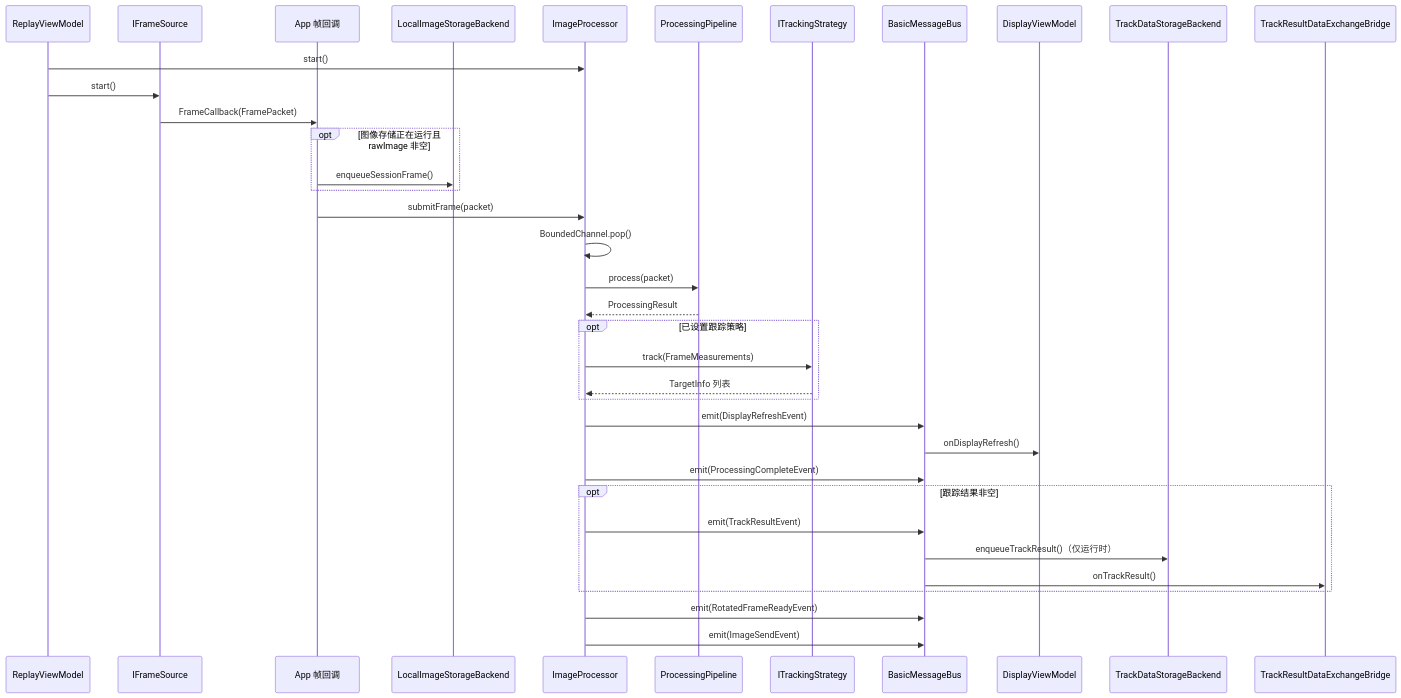
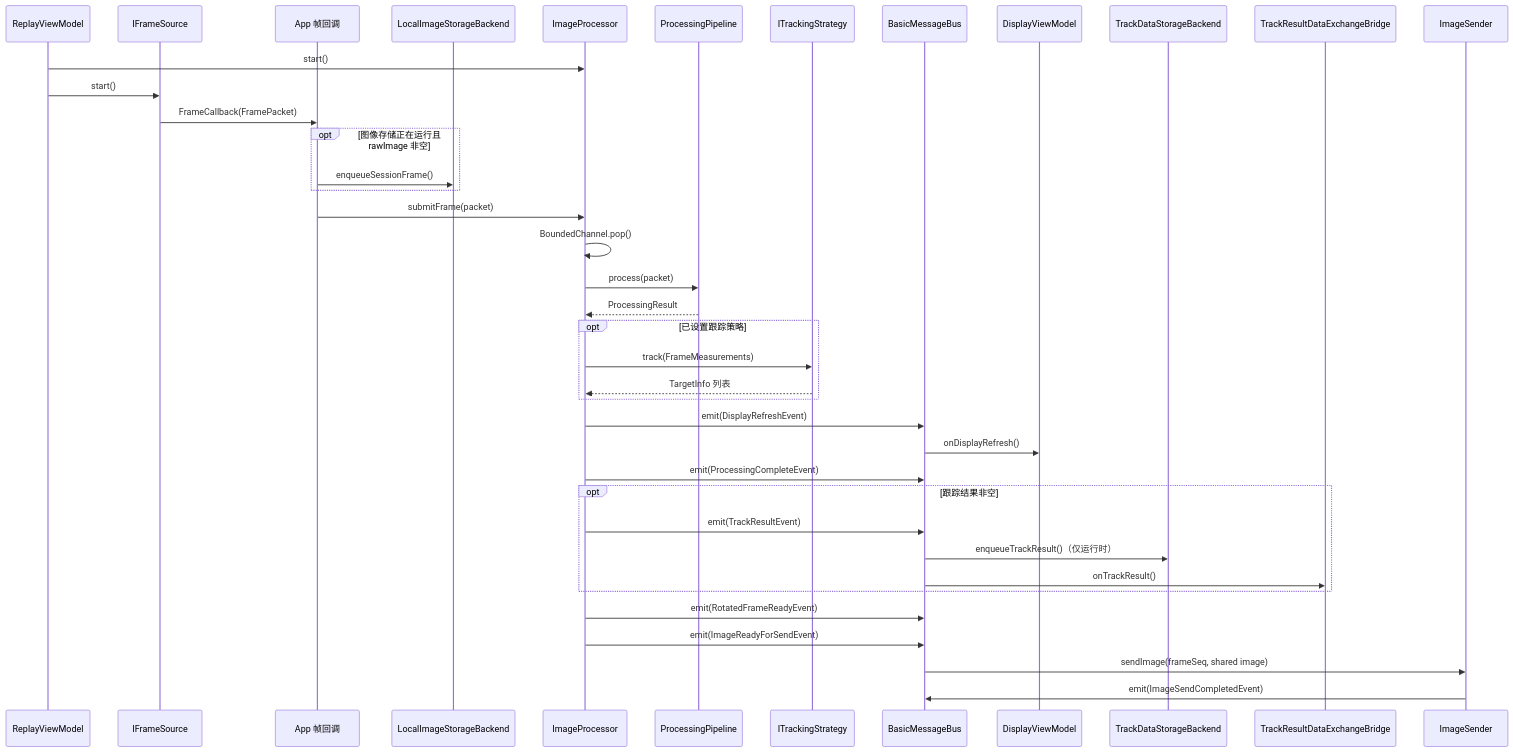
Before and after one commit to with-fair-wind/1mZGG: the second of 3 diagrams in docs/overview.md, drawn with Mermaid. The commit also changed other lines of this file and 61 other files, not shown here.

````diff
--- a/docs/overview.md
+++ b/docs/overview.md
@@ -188,39 +188,41 @@
 ```mermaid
 sequenceDiagram
     participant UI as ReplayViewModel
     participant Source as IFrameSource
     participant Callback as App 帧回调
     participant RawStore as LocalImageStorageBackend
     participant Processor as ImageProcessor
     participant Pipeline as ProcessingPipeline
     participant Tracker as ITrackingStrategy
     participant Bus as BasicMessageBus
     participant Display as DisplayViewModel
     participant TrackStore as TrackDataStorageBackend
     participant Bridge as TrackResultDataExchangeBridge
 
     UI->>Processor: start()
     UI->>Source: start()
     Source->>Callback: FrameCallback(FramePacket)
     opt 图像存储正在运行且 rawImage 非空
         Callback->>RawStore: enqueueSessionFrame()
     end
     Callback->>Processor: submitFrame(packet)
     Processor->>Processor: BoundedChannel.pop()
     Processor->>Pipeline: process(packet)
     Pipeline-->>Processor: ProcessingResult
     opt 已设置跟踪策略
         Processor->>Tracker: track(FrameMeasurements)
         Tracker-->>Processor: TargetInfo 列表
     end
     Processor->>Bus: emit(DisplayRefreshEvent)
     Bus->>Display: onDisplayRefresh()
     Processor->>Bus: emit(ProcessingCompleteEvent)
     opt 跟踪结果非空
         Processor->>Bus: emit(TrackResultEvent)
         Bus->>TrackStore: enqueueTrackResult()（仅运行时）
         Bus->>Bridge: onTrackResult()
     end
     Processor->>Bus: emit(RotatedFrameReadyEvent)
-    Processor->>Bus: emit(ImageSendEvent)
+    Processor->>Bus: emit(ImageReadyForSendEvent)
+    Bus->>ImageSender: sendImage(frameSeq, shared image)
+    ImageSender->>Bus: emit(ImageSendCompletedEvent)
 ```
````
